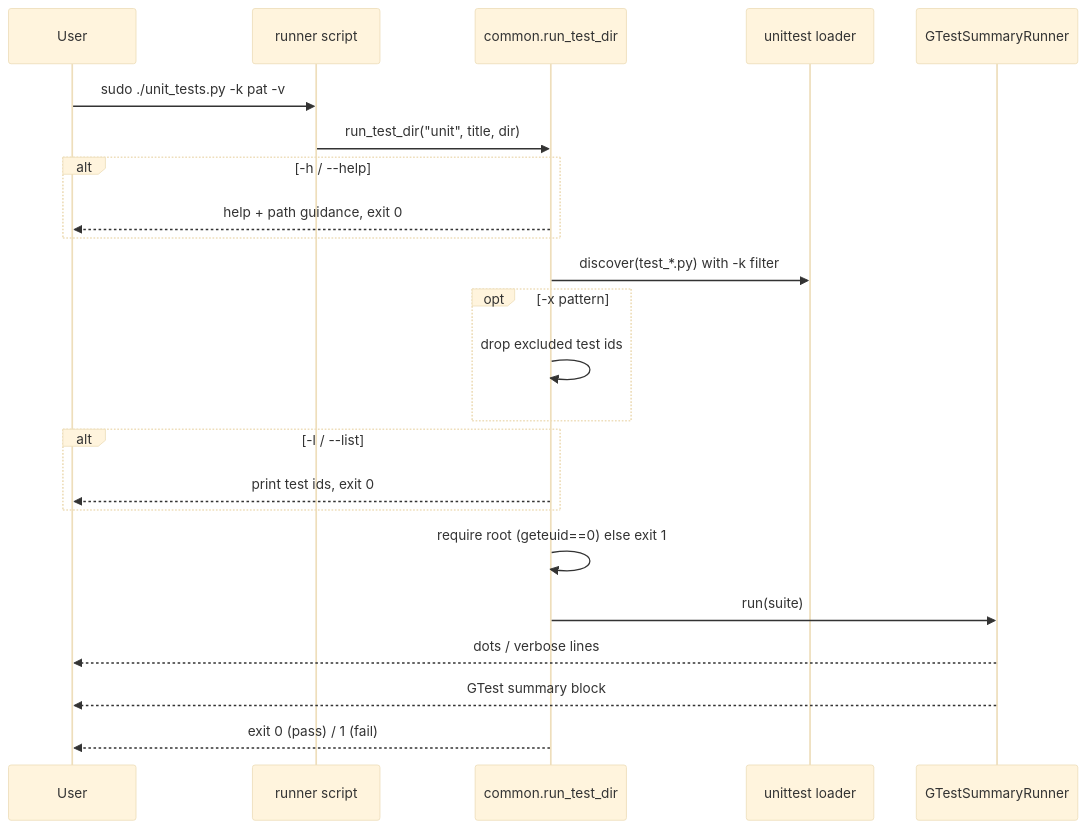
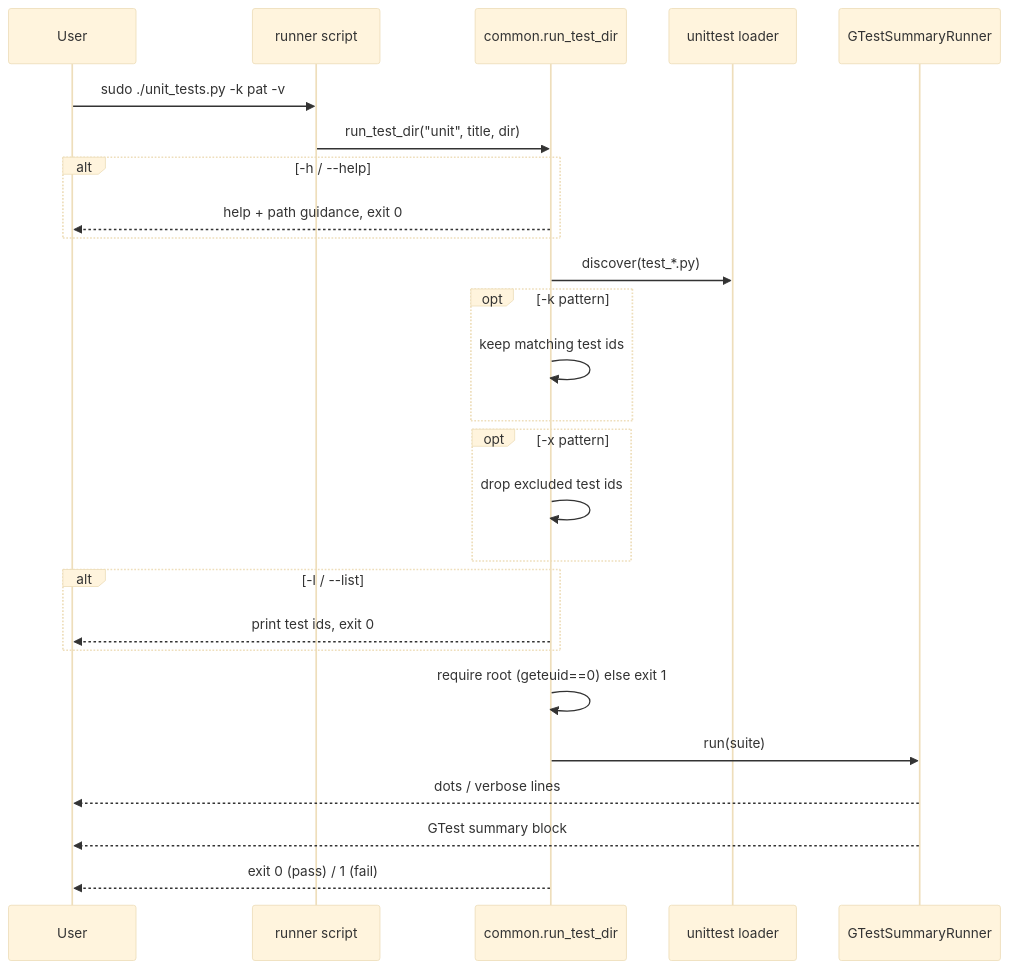
The fourth of 4 diagrams in projects/amdsmi/tests/python/README.md (ROCm/rocm-systems), drawn with Mermaid (base theme) before and after one commit. The commit also changed other lines of this file and 2 other files, not shown here.

````diff
--- a/projects/amdsmi/tests/python/README.md
+++ b/projects/amdsmi/tests/python/README.md
@@ -266,26 +269,29 @@
 ```mermaid
 sequenceDiagram
     participant U as User
     participant R as runner script
     participant C as common.run_test_dir
     participant L as unittest loader
     participant G as GTestSummaryRunner
 
     U->>R: sudo ./unit_tests.py -k pat -v
     R->>C: run_test_dir("unit", title, dir)
     alt -h / --help
         C-->>U: help + path guidance, exit 0
     end
-    C->>L: discover(test_*.py) with -k filter
+    C->>L: discover(test_*.py)
+    opt -k pattern
+        C->>C: keep matching test ids
+    end
     opt -x pattern
         C->>C: drop excluded test ids
     end
     alt -l / --list
         C-->>U: print test ids, exit 0
     end
     C->>C: require root (geteuid==0) else exit 1
     C->>G: run(suite)
     G-->>U: dots / verbose lines
     G-->>U: GTest summary block
     C-->>U: exit 0 (pass) / 1 (fail)
 ```
````
